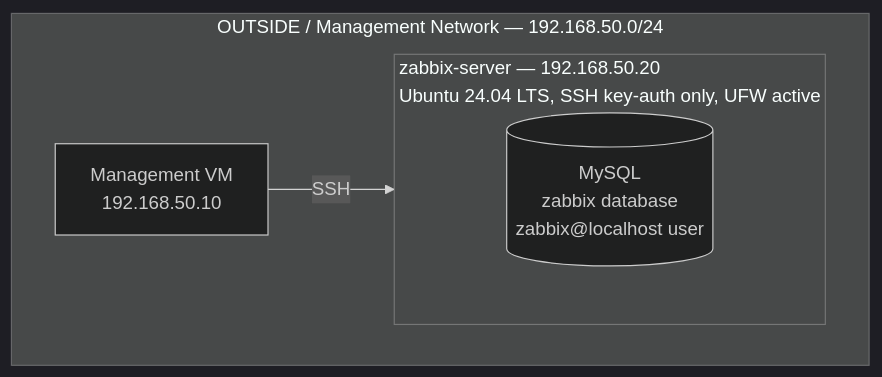
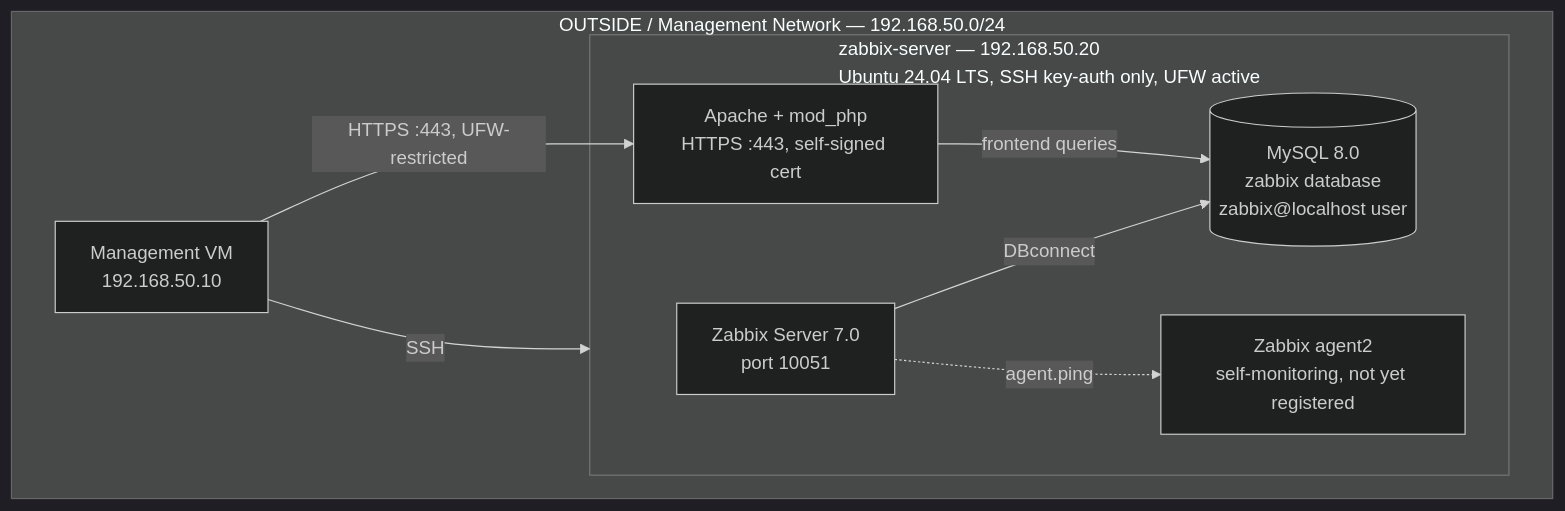
Before and after one commit to paknaoo/zabbix-noc-lab: the diagram in docs/architecture.md, drawn with Mermaid (dark theme). The commit also changed other lines of this file and 4 other files, not shown here.

Commit message:
Document Phase 03: Zabbix Server, Apache and PHP installation

````diff
--- a/docs/architecture.md
+++ b/docs/architecture.md
@@ -22,12 +22,19 @@
 ```mermaid
 flowchart TD
 
     subgraph OUTSIDE["OUTSIDE / Management Network — 192.168.50.0/24"]
         MGMT[Management VM<br/>192.168.50.10]
         subgraph ZBXHOST["zabbix-server — 192.168.50.20<br/>Ubuntu 24.04 LTS, SSH key-auth only, UFW active"]
-            MYSQL[("MySQL<br/>zabbix database<br/>zabbix@localhost user")]
+            ZBXSRV[Zabbix Server 7.0<br/>port 10051]
+            AGENT[Zabbix agent2<br/>self-monitoring, not yet registered]
+            APACHE["Apache + mod_php<br/>HTTPS :443, self-signed cert"]
+            MYSQL[("MySQL 8.0<br/>zabbix database<br/>zabbix@localhost user")]
+            APACHE -->|frontend queries| MYSQL
+            ZBXSRV -->|DBconnect| MYSQL
+            ZBXSRV -.->|agent.ping| AGENT
         end
     end
 
+    MGMT -->|HTTPS :443, UFW-restricted| APACHE
     MGMT -->|SSH| ZBXHOST
 ```
````
